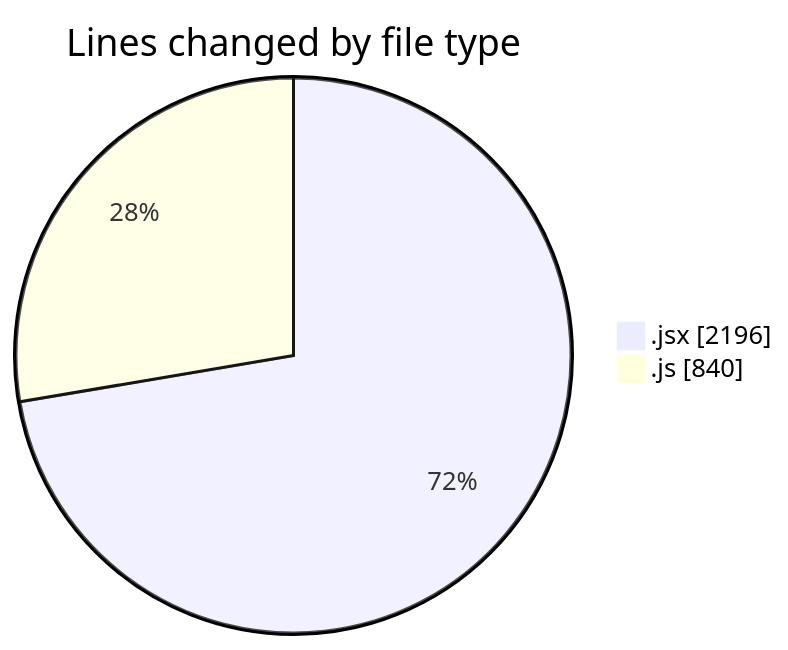
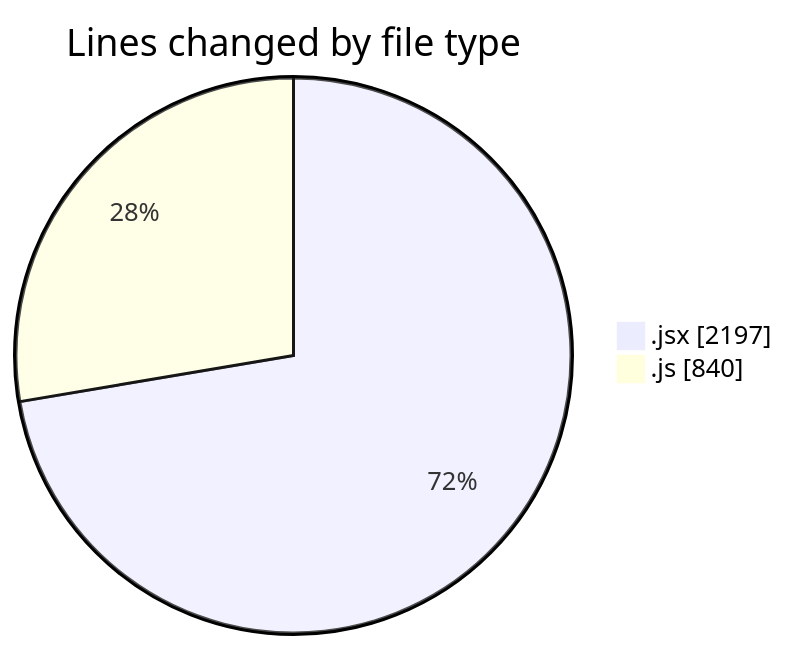
The first of 2 diagrams in 2025-06-28/argos/README.md (nxtqubesakshisongat/code-tracking), drawn with Mermaid before and after one commit. The commit also changed other lines of this file and 1 other file, not shown here.

````diff
--- a/2025-06-28/argos/README.md
+++ b/2025-06-28/argos/README.md
@@ -26,6 +26,6 @@
 ```mermaid
 pie showData
 title Lines changed by file type
-".jsx" : 2196
+".jsx" : 2197
 ".js" : 840
 ```
````
